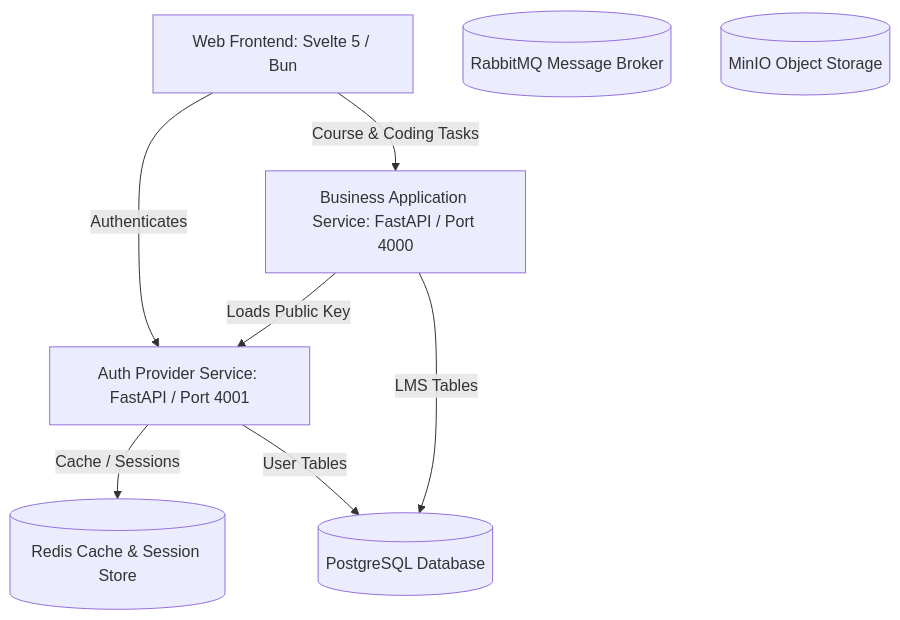
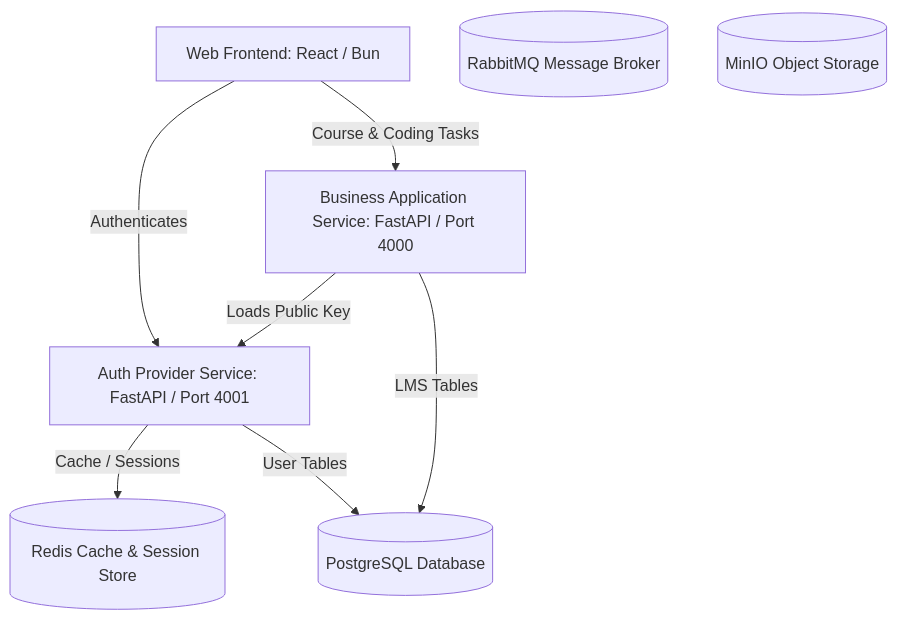
One commit to nguyenkhaan/LMS-coding-platform changed the diagram in README.md. Above: the diagram before and after it, drawn with Mermaid. The commit also changed other lines of this file and 46 other files, not shown here.

````diff
--- a/README.md
+++ b/README.md
@@ -38,23 +38,23 @@
 ```mermaid
 graph TD
-    Client[Web Frontend: Svelte 5 / Bun]
+    Client[Web Frontend: React / Bun]
     AuthSvc[Auth Provider Service: FastAPI / Port 4001]
     BizSvc[Business Application Service: FastAPI / Port 4000]
     
     DB[(PostgreSQL Database)]
     Cache[(Redis Cache & Session Store)]
     MQ[(RabbitMQ Message Broker)]
     S3[(MinIO Object Storage)]
 
     Client -->|Authenticates| AuthSvc
     Client -->|Course & Coding Tasks| BizSvc
     
     BizSvc -->|Loads Public Key| AuthSvc
     AuthSvc -->|Cache / Sessions| Cache
     AuthSvc -->|User Tables| DB
     BizSvc -->|LMS Tables| DB
     
     %% Future services connections
     %% BizSvc -->|Queues Code Run| MQ
     %% S3 -->|Stores Static Assets / Submissions| BizSvc
 ```
````
